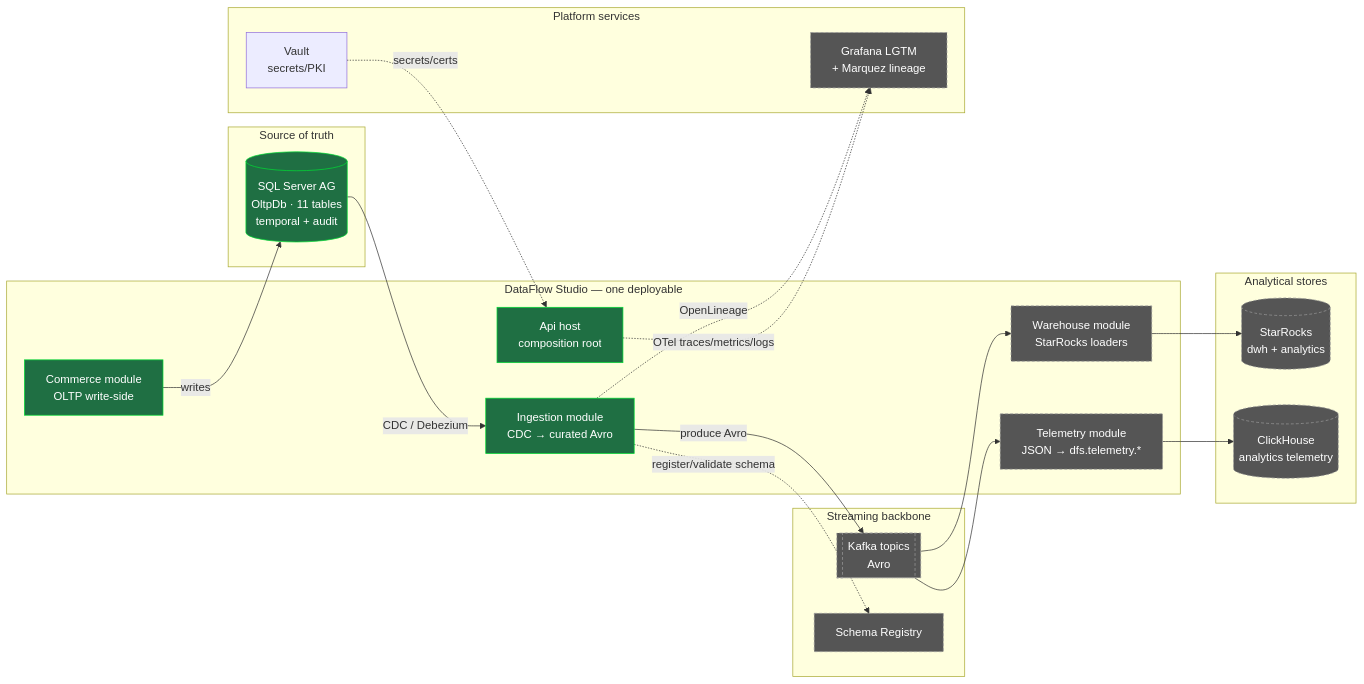
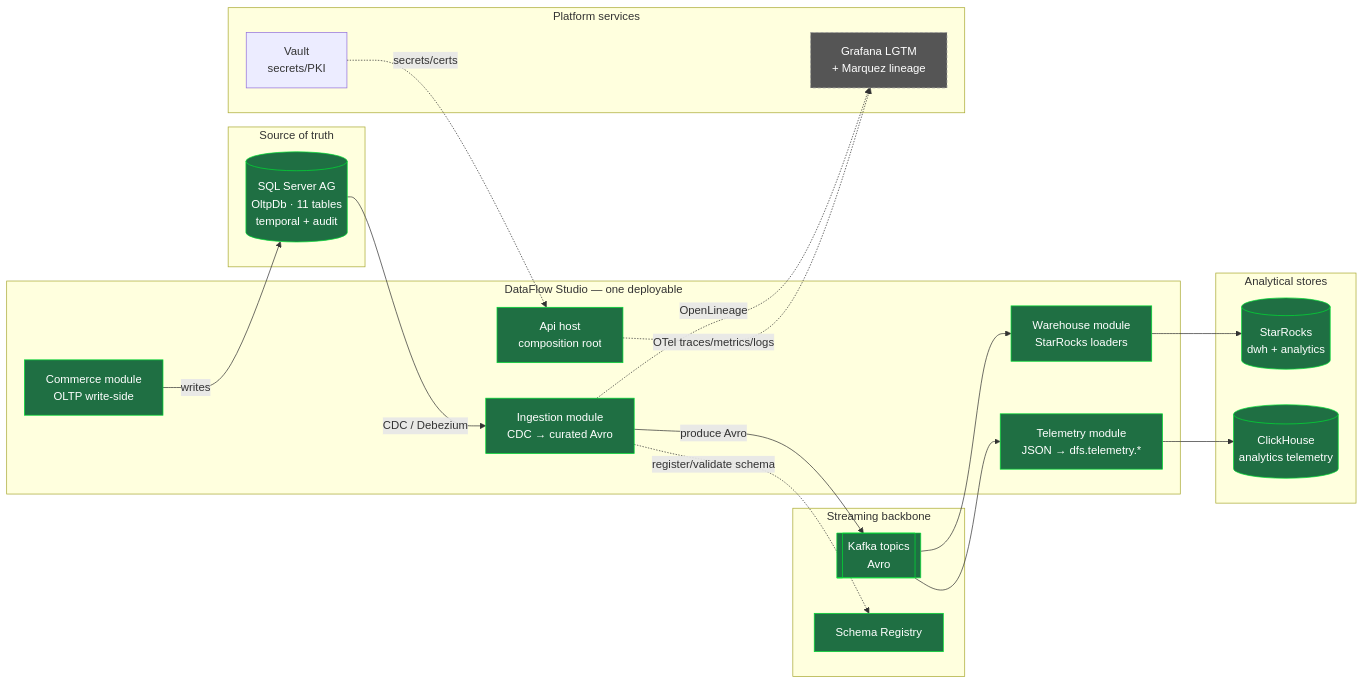
Before and after one commit to grezap/dataflow-studio: the first of 5 diagrams in docs/architecture.md, drawn with Mermaid. The commit also changed other lines of this file and 7 other files, not shown here.

````diff
--- a/docs/architecture.md
+++ b/docs/architecture.md
@@ -33,44 +33,44 @@
 ```mermaid
 flowchart LR
     subgraph ext_src[Source of truth]
         SQL[(SQL Server AG<br/>OltpDb · 11 tables<br/>temporal + audit)]
     end
 
     subgraph dfs[DataFlow Studio — one deployable]
         API[Api host<br/>composition root]
         ING[Ingestion module<br/>CDC → curated Avro]
         WH[Warehouse module<br/>StarRocks loaders]
         TEL[Telemetry module<br/>JSON → dfs.telemetry.*]
         COM[Commerce module<br/>OLTP write-side]
     end
 
     subgraph bus[Streaming backbone]
         KAFKA[[Kafka topics<br/>Avro]]
         SR_REG[Schema Registry]
     end
 
     subgraph sinks[Analytical stores]
         STAR[(StarRocks<br/>dwh + analytics)]
         CH[(ClickHouse<br/>analytics telemetry)]
     end
 
     subgraph plat[Platform services]
         VAULT[Vault<br/>secrets/PKI]
         OBS[Grafana LGTM<br/>+ Marquez lineage]
     end
 
     SQL -- CDC / Debezium --> ING
     ING -- produce Avro --> KAFKA
     ING -. register/validate schema .-> SR_REG
     KAFKA --> WH --> STAR
     KAFKA --> TEL --> CH
     COM -- writes --> SQL
     VAULT -. secrets/certs .-> API
     API -. OTel traces/metrics/logs .-> OBS
     ING -. OpenLineage .-> OBS
 
     classDef built fill:#1f6f43,stroke:#0d3,color:#fff;
     classDef planned fill:#555,stroke:#999,color:#fff,stroke-dasharray:4 3;
-    class API,ING,COM,SQL built;
-    class WH,TEL,STAR,CH,KAFKA,SR_REG,OBS planned;
+    class API,ING,COM,SQL,WH,TEL,STAR,CH,KAFKA,SR_REG built;
+    class OBS planned;
 ```
````
